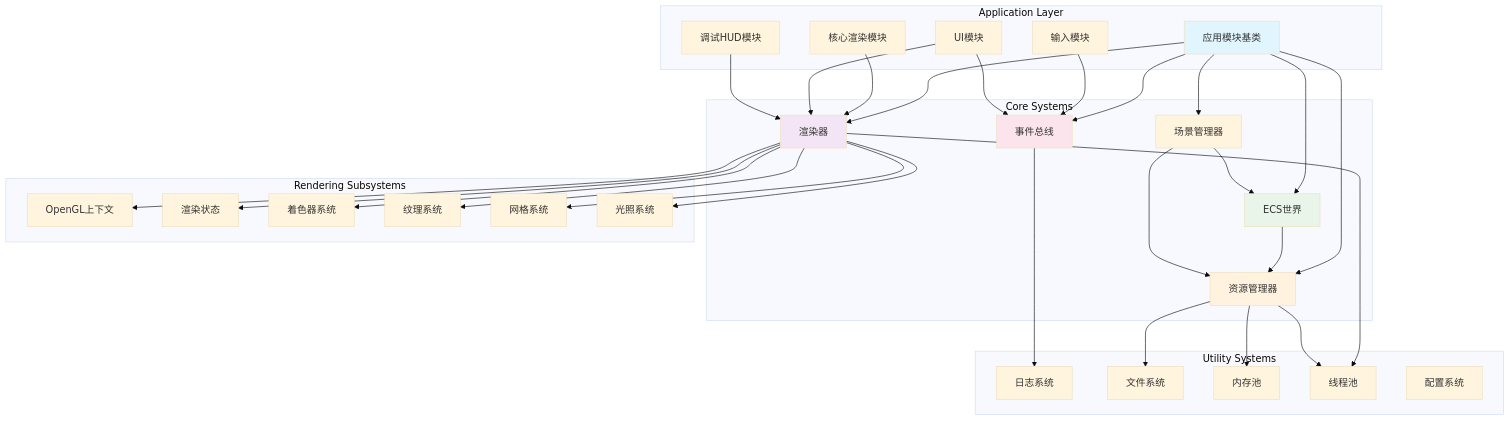
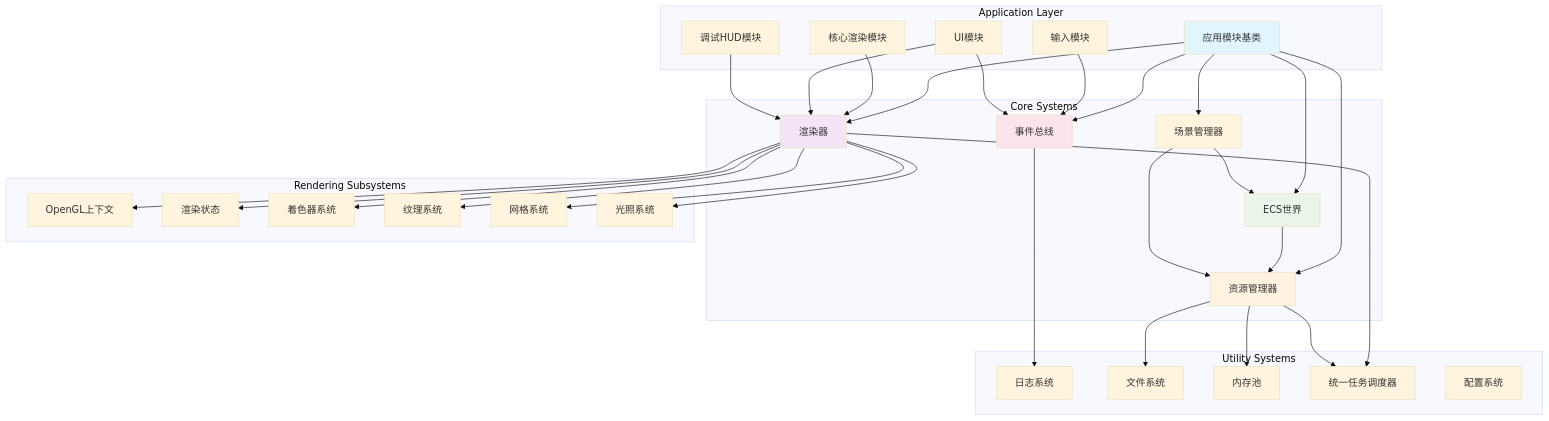
One commit to Linductor-alkaid/render changed the eighth of 12 diagrams in docs/PROJECT_STRUCTURE_DIAGRAM.md. Above: the diagram before and after it, drawn with Mermaid (base theme). The commit also changed other lines of this file and 6 other files, not shown here.

````diff
--- a/docs/PROJECT_STRUCTURE_DIAGRAM.md
+++ b/docs/PROJECT_STRUCTURE_DIAGRAM.md
@@ -607,70 +614,70 @@
 ```mermaid
 graph TB
     subgraph "Application Layer"
         AppModule[应用模块基类]
         CoreRenderModule[核心渲染模块]
         InputModule[输入模块]
         UIModule[UI模块]
         DebugHUDModule[调试HUD模块]
     end
 
     subgraph "Core Systems"
         Renderer[渲染器]
         ECSWorld[ECS世界]
         ResourceManager[资源管理器]
         SceneManager[场景管理器]
         EventBus[事件总线]
     end
 
     subgraph "Rendering Subsystems"
         OpenGLContext[OpenGL上下文]
         RenderState[渲染状态]
         ShaderSystem[着色器系统]
         TextureSystem[纹理系统]
         MeshSystem[网格系统]
         LightSystem[光照系统]
     end
 
     subgraph "Utility Systems"
         Logger[日志系统]
         FileSystem[文件系统]
         MemoryPool[内存池]
-        ThreadPool[线程池]
+        TaskScheduler[统一任务调度器]
         ConfigSystem[配置系统]
     end
 
     AppModule --> Renderer
     AppModule --> ECSWorld
     AppModule --> ResourceManager
     AppModule --> SceneManager
     AppModule --> EventBus
 
     CoreRenderModule --> Renderer
     InputModule --> EventBus
     UIModule --> Renderer
     UIModule --> EventBus
     DebugHUDModule --> Renderer
 
     Renderer --> OpenGLContext
     Renderer --> RenderState
     Renderer --> ShaderSystem
     Renderer --> TextureSystem
     Renderer --> MeshSystem
     Renderer --> LightSystem
 
     ECSWorld --> ResourceManager
     SceneManager --> ECSWorld
     SceneManager --> ResourceManager
     ResourceManager --> FileSystem
     ResourceManager --> MemoryPool
 
-    Renderer --> ThreadPool
-    ResourceManager --> ThreadPool
+    Renderer --> TaskScheduler
+    ResourceManager --> TaskScheduler
     EventBus --> Logger
 
     style AppModule fill:#e1f5fe
     style Renderer fill:#f3e5f5
     style ECSWorld fill:#e8f5e8
     style ResourceManager fill:#fff3e0
     style EventBus fill:#fce4ec
 ```
````
